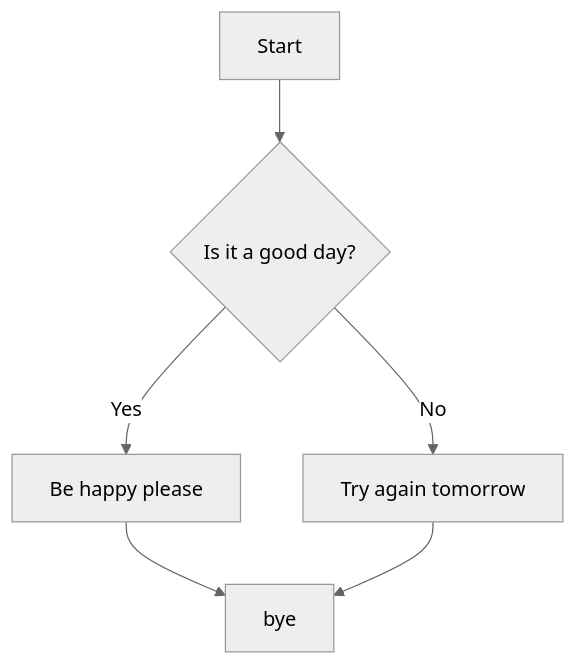
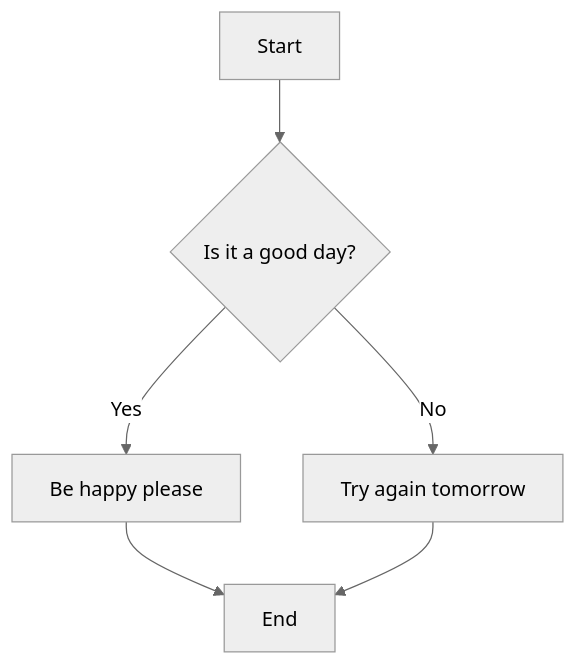
The diagram in docs/Sub-Folder1/Document-1.md (hareeshgundam33/DocAsACodeSample), drawn with Mermaid (neutral theme) before and after one commit.

Commit message:
Initial commit (update10)

````diff
--- a/docs/Sub-Folder1/Document-1.md
+++ b/docs/Sub-Folder1/Document-1.md
@@ -1,8 +1,8 @@
 ```mermaid
 graph TD
     A[Start] --> B{Is it a good day?};
     B -- Yes --> C[Be happy please];
     B -- No --> D[Try again tomorrow];
     C --> E[End];
-    D --> E[bye];
+    D --> E
 ```
````
